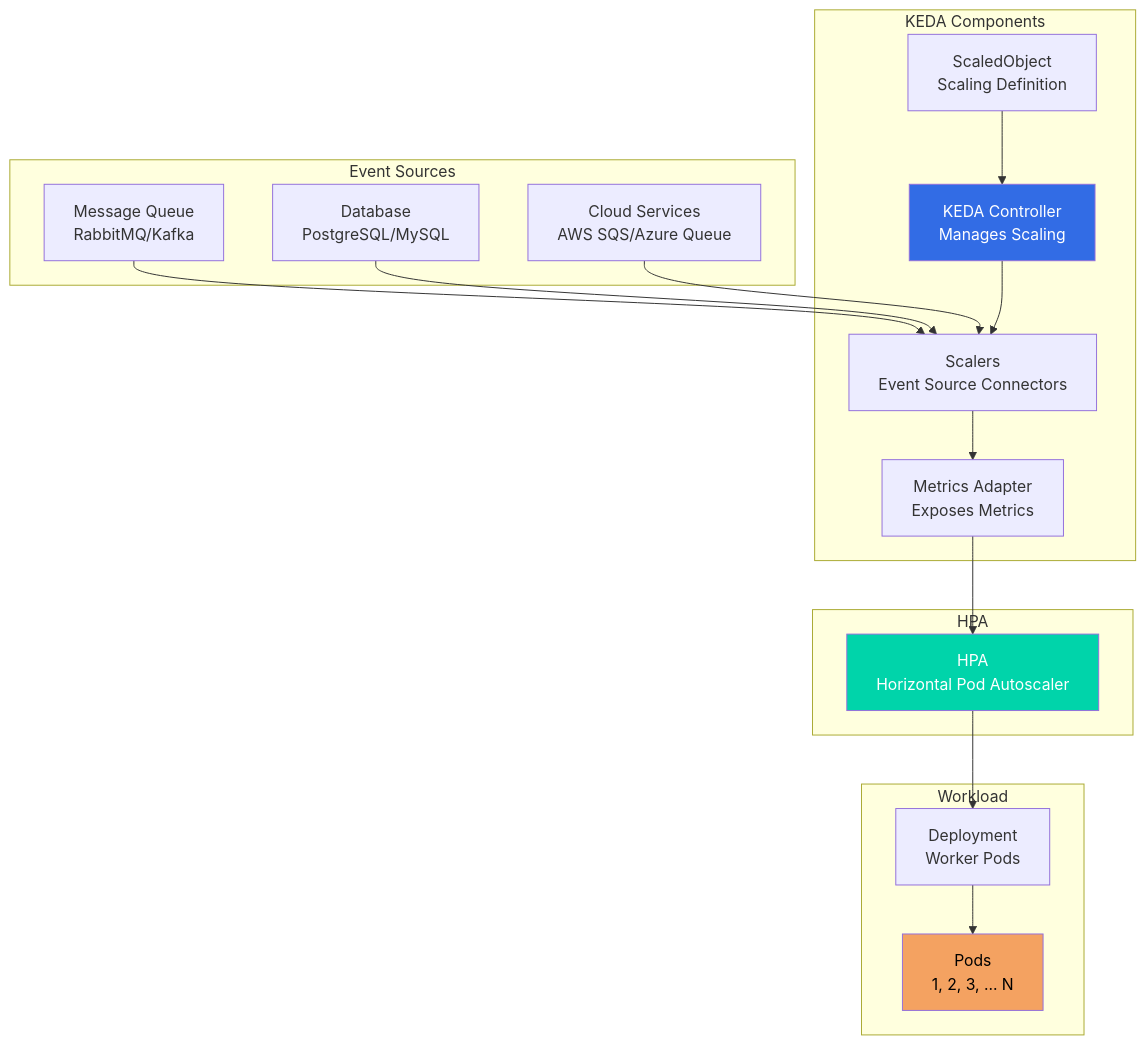
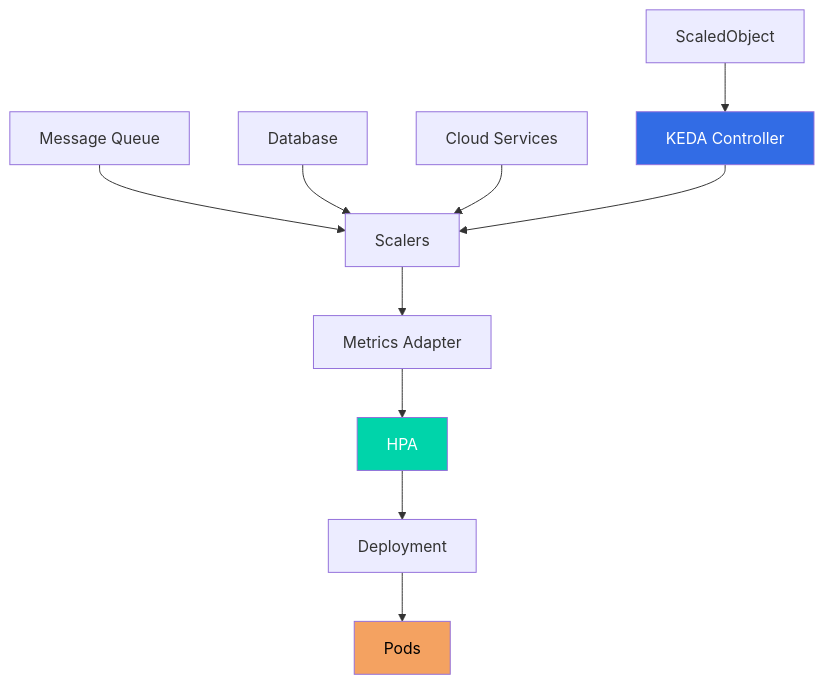
Diagram 30 of 33 in README.md (jayeshjd555/Kubernetes), drawn with Mermaid before and after one commit. The commit also changed other lines of this file, not shown here.

Commit message:
diagram fix

````diff
--- a/README.md
+++ b/README.md
@@ -11335,38 +11302,16 @@
 ```mermaid
-graph TB
-    subgraph Events["Event Sources"]
-        Queue["Message Queue<br/>RabbitMQ/Kafka"]
-        DB["Database<br/>PostgreSQL/MySQL"]
-        Cloud["Cloud Services<br/>AWS SQS/Azure Queue"]
-    end
-    
-    subgraph KEDAComp["KEDA Components"]
-        SO["ScaledObject<br/>Scaling Definition"]
-        Scaler["Scalers<br/>Event Source Connectors"]
-        MA["Metrics Adapter<br/>Exposes Metrics"]
-        KEDACtrl["KEDA Controller<br/>Manages Scaling"]
-    end
-    
-    subgraph HPAComp["HPA"]
-        HPA["HPA<br/>Horizontal Pod Autoscaler"]
-    end
-    
-    subgraph Workload["Workload"]
-        Dep["Deployment<br/>Worker Pods"]
-        Pods["Pods<br/>1, 2, 3, ... N"]
-    end
-    
-    Queue --> Scaler
-    DB --> Scaler
-    Cloud --> Scaler
-    Scaler --> MA
-    SO --> KEDACtrl
+flowchart TB
+    Queue[Message Queue] --> Scaler[Scalers]
+    DB[Database] --> Scaler
+    Cloud[Cloud Services] --> Scaler
+    Scaler --> MA[Metrics Adapter]
+    SO[ScaledObject] --> KEDACtrl[KEDA Controller]
     KEDACtrl --> Scaler
-    MA --> HPA
-    HPA --> Dep
-    Dep --> Pods
+    MA --> HPA[HPA]
+    HPA --> Dep[Deployment]
+    Dep --> Pods[Pods]
     
     style KEDACtrl fill:#326ce5,color:#fff
     style HPA fill:#00d4aa,color:#fff
     style Pods fill:#f4a261,color:#000
 ```
````
